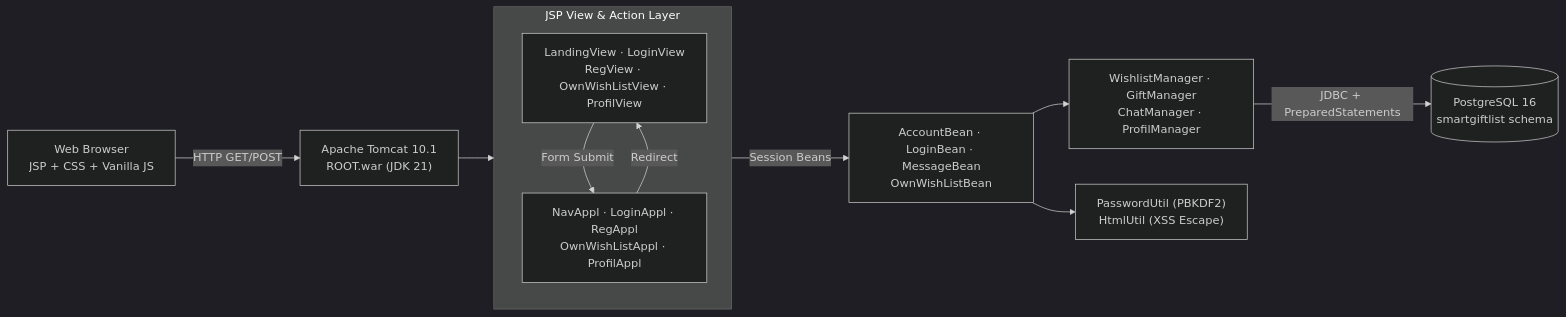
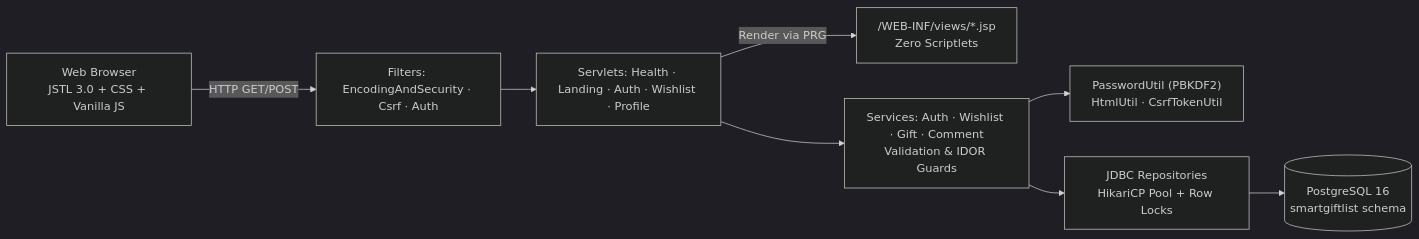
Before and after one commit to NiklasJavier/SmartGiftList: the diagram in README.md, drawn with Mermaid (dark theme). The commit also changed other lines of this file and 114 other files, not shown here.

Commit message:
refactor: modernize SmartGiftList into layered Jakarta Servlet MVC architecture

````diff
--- a/README.md
+++ b/README.md
@@ -56,15 +56,10 @@
 ```mermaid
 flowchart LR
-  Browser["Web Browser<br/>JSP + CSS + Vanilla JS"] -->|HTTP GET/POST| Tomcat["Apache Tomcat 10.1<br/>ROOT.war (JDK 21)"]
-  subgraph WebLayer["JSP View & Action Layer"]
-    Views["LandingView · LoginView<br/>RegView · OwnWishListView · ProfilView"]
-    Handlers["NavAppl · LoginAppl · RegAppl<br/>OwnWishListAppl · ProfilAppl"]
-    Views -->|Form Submit| Handlers
-    Handlers -->|Redirect| Views
-  end
-  Tomcat --> WebLayer
-  WebLayer -->|Session Beans| Facade["AccountBean · LoginBean · MessageBean<br/>OwnWishListBean"]
-  Facade --> Managers["WishlistManager · GiftManager<br/>ChatManager · ProfilManager"]
-  Facade --> Security["PasswordUtil (PBKDF2)<br/>HtmlUtil (XSS Escape)"]
-  Managers -->|JDBC + PreparedStatements| PG[("PostgreSQL 16<br/>smartgiftlist schema")]
+  Browser["Web Browser<br/>JSTL 3.0 + CSS + Vanilla JS"] -->|HTTP GET/POST| Filters["Filters: EncodingAndSecurity · Csrf · Auth"]
+  Filters --> Servlets["Servlets: Health · Landing · Auth · Wishlist · Profile"]
+  Servlets -->|Render via PRG| Views["/WEB-INF/views/*.jsp<br/>Zero Scriptlets"]
+  Servlets --> Services["Services: Auth · Wishlist · Gift · Comment<br/>Validation & IDOR Guards"]
+  Services --> Security["PasswordUtil (PBKDF2)<br/>HtmlUtil · CsrfTokenUtil"]
+  Services --> Repos["JDBC Repositories<br/>HikariCP Pool + Row Locks"]
+  Repos --> PG[("PostgreSQL 16<br/>smartgiftlist schema")]
 ```
````
